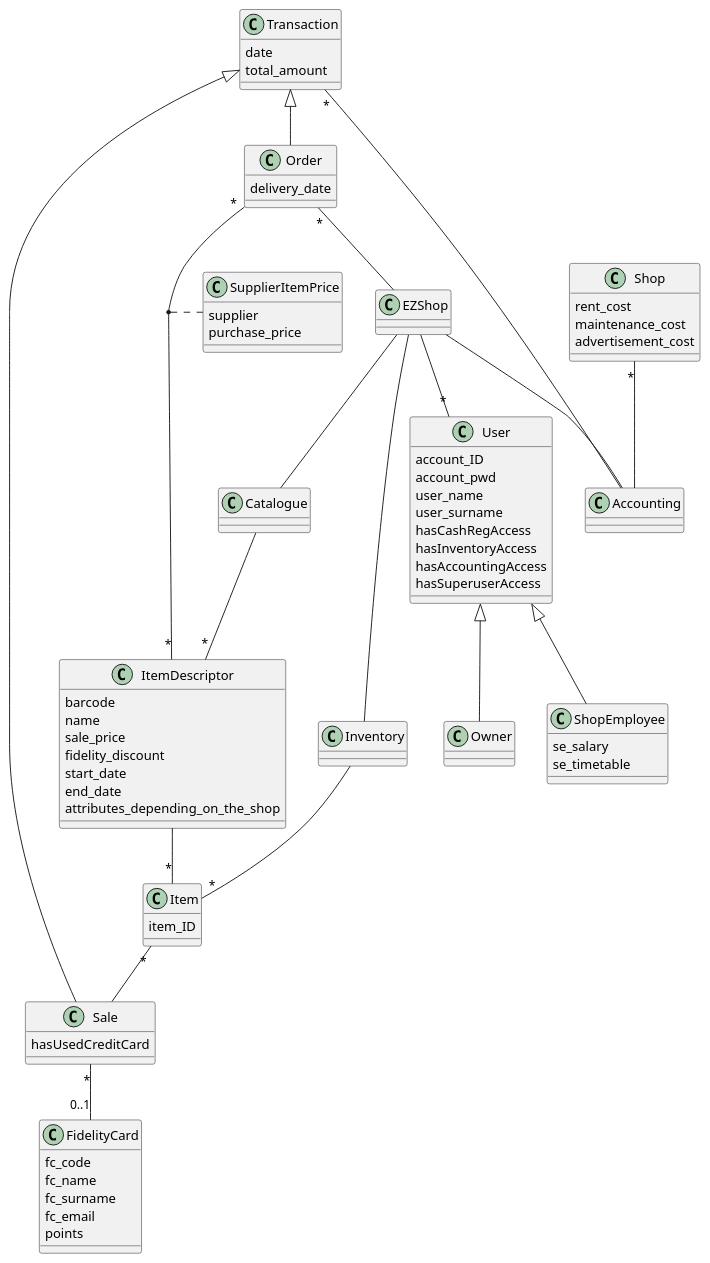
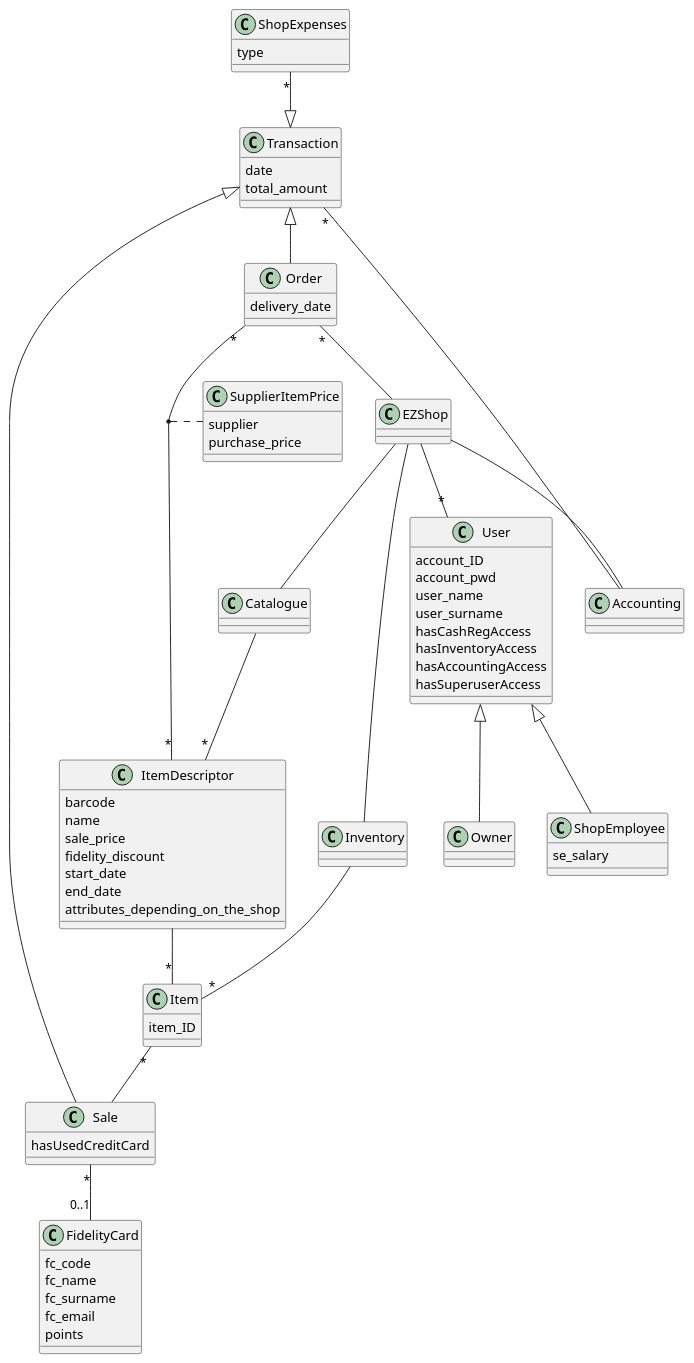
The third of 4 diagrams in Deliverables/RequirementsDocument.md (b3xul/ezshop), drawn with PlantUML before and after one commit. The commit also changed other lines of this file, not shown here.

```diff
--- a/Deliverables/RequirementsDocument.md
+++ b/Deliverables/RequirementsDocument.md
@@ -427,7 +457,6 @@
 
 class ShopEmployee{
     se_salary
-    se_timetable
 }
 class SupplierItemPrice{
     supplier
@@ -470,10 +499,8 @@
 
 class Accounting
 
-class Shop{
-    rent_cost
-    maintenance_cost
-    advertisement_cost
+class ShopExpenses{
+	type
 }
 
 Owner -up-|> User
@@ -496,7 +523,7 @@
 Order -up-|> Transaction
 Sale -up-|> Transaction
 Transaction "*" -- Accounting
-Shop "*" -- Accounting
+ShopExpenses "*" --|> Transaction
 
 Order "*" -- "*" ItemDescriptor
 
```
